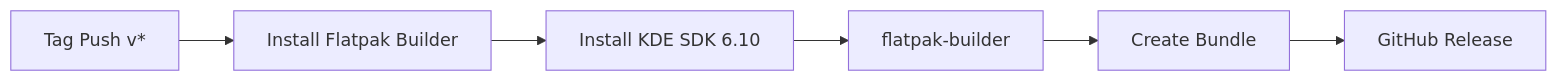
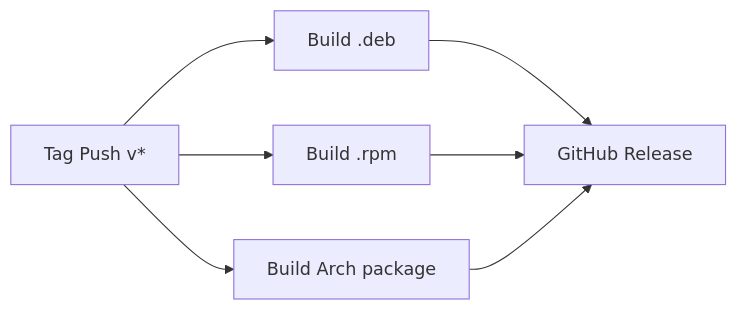
The second of 2 diagrams in docs/wiki/Building.md (DamianHr/logitune), drawn with Mermaid before and after one commit. The commit also changed other lines of this file and 6 other files, not shown here.

````diff
--- a/docs/wiki/Building.md
+++ b/docs/wiki/Building.md
@@ -287,8 +289,9 @@
 ```mermaid
 graph LR
-    A[Tag Push v*] --> B[Install Flatpak Builder]
-    B --> C[Install KDE SDK 6.10]
-    C --> D[flatpak-builder]
-    D --> E[Create Bundle]
-    E --> F[GitHub Release]
+    A[Tag Push v*] --> B[Build .deb]
+    A --> C[Build .rpm]
+    A --> D[Build Arch package]
+    B --> E[GitHub Release]
+    C --> E
+    D --> E
 ```
````
